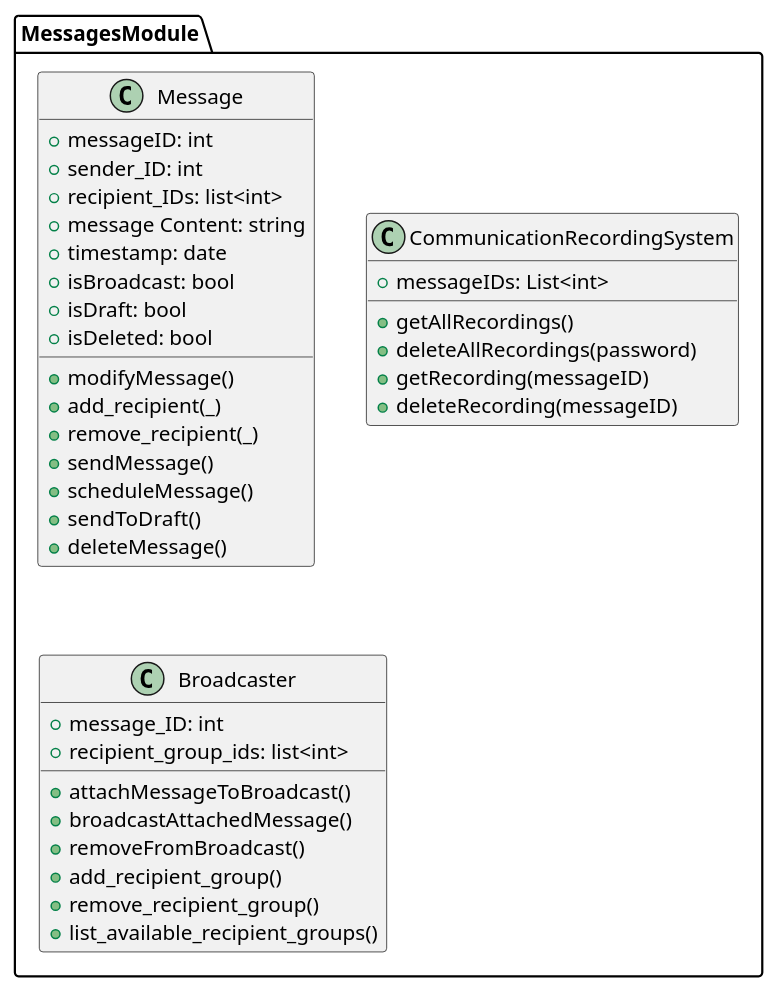
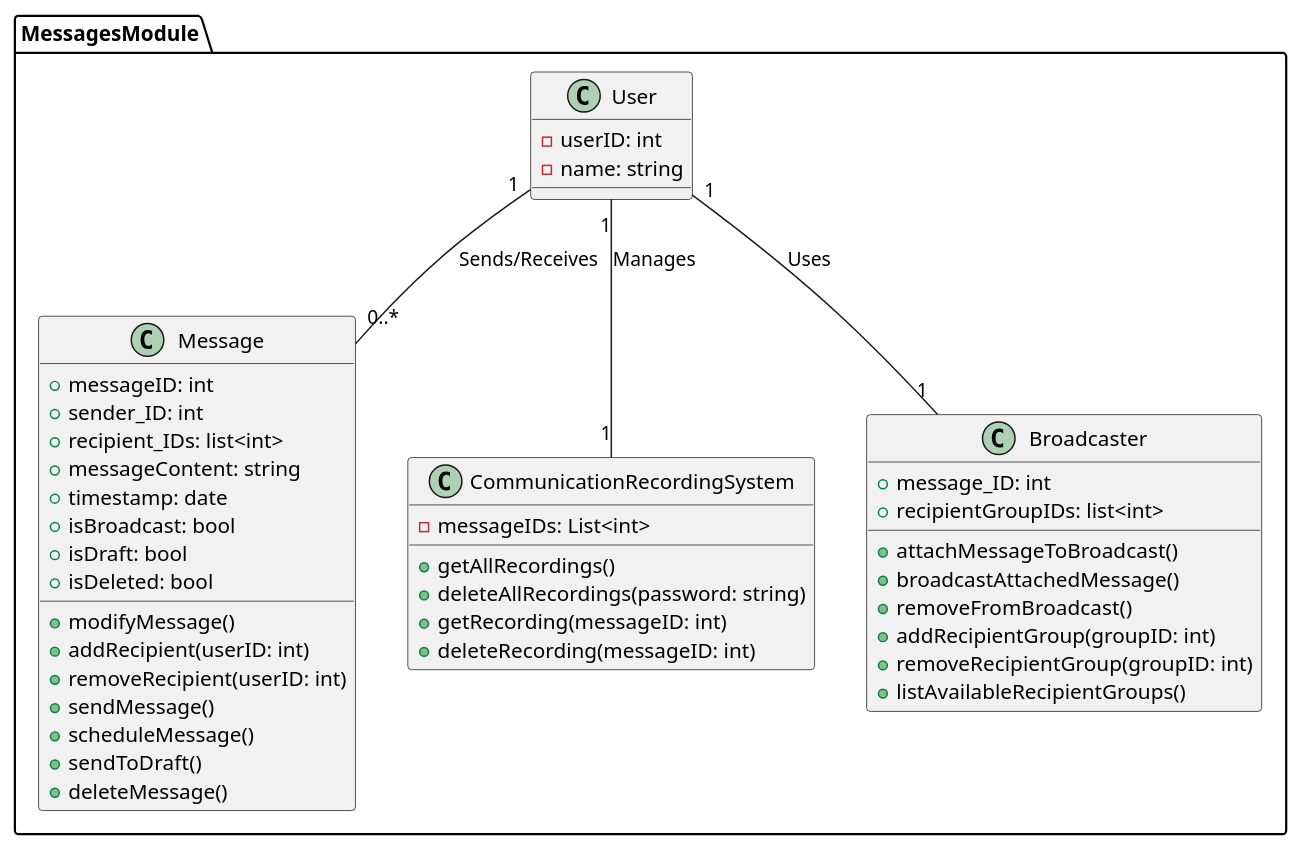
The diagram in messages.plantuml (anshium/DASS-Assignment-3-IMS-System-Design), drawn with PlantUML before and after one commit.

```diff
--- a/messages.plantuml
+++ b/messages.plantuml
@@ -1,45 +1,52 @@
-@startuml messages
+@startuml
 package MessagesModule {
-	class Message {
-		+ messageID: int
-		+ sender_ID: int
-		+ recipient_IDs: list<int>
-		+ message Content: string
-		+ timestamp: date
-		+ isBroadcast: bool
-		+ isDraft: bool
-		+ isDeleted: bool
+    class User {
+        - userID: int
+        - name: string
+    }
 
-		+ modifyMessage()
-		+ add_recipient(_)
-		+ remove_recipient(_)
-		+ sendMessage()
-		+ scheduleMessage()
-		+ sendToDraft()
-		+ deleteMessage() 
-		' ID remains, the message content gets deleted and can't be edited, ID is also forgotten'
-	}
+    class Message {
+        + messageID: int
+        + sender_ID: int
+        + recipient_IDs: list<int>
+        + messageContent: string
+        + timestamp: date
+        + isBroadcast: bool
+        + isDraft: bool
+        + isDeleted: bool
 
-	class CommunicationRecordingSystem {
-		+ messageIDs: List<int>
+        + modifyMessage()
+        + addRecipient(userID: int)
+        + removeRecipient(userID: int)
+        + sendMessage()
+        + scheduleMessage()
+        + sendToDraft()
+        + deleteMessage()
+    }
 
-		+ getAllRecordings()
-		+ deleteAllRecordings(password)
-		+ getRecording(messageID)
-		+ deleteRecording(messageID)
-	}
+    class CommunicationRecordingSystem {
+        - messageIDs: List<int>
 
-	class Broadcaster {
-		+ message_ID: int
-		+ recipient_group_ids: list<int>
+        + getAllRecordings()
+        + deleteAllRecordings(password: string)
+        + getRecording(messageID: int)
+        + deleteRecording(messageID: int)
+    }
 
-		+ attachMessageToBroadcast()
-		+ broadcastAttachedMessage()
-		+ removeFromBroadcast()
-		+ add_recipient_group()
-		+ remove_recipient_group()
-		+ list_available_recipient_groups()
-	}
+    class Broadcaster {
+        + message_ID: int
+        + recipientGroupIDs: list<int>
 
+        + attachMessageToBroadcast()
+        + broadcastAttachedMessage()
+        + removeFromBroadcast()
+        + addRecipientGroup(groupID: int)
+        + removeRecipientGroup(groupID: int)
+        + listAvailableRecipientGroups()
+    }
+
+    User "1" -- "0..*" Message : "Sends/Receives"
+    User "1" -- "1" CommunicationRecordingSystem : "Manages"
+    User "1" -- "1" Broadcaster : "Uses"
 }
 @enduml
```
